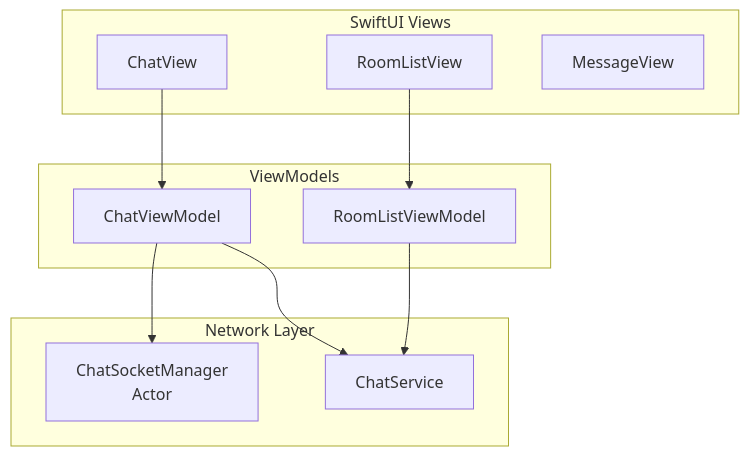
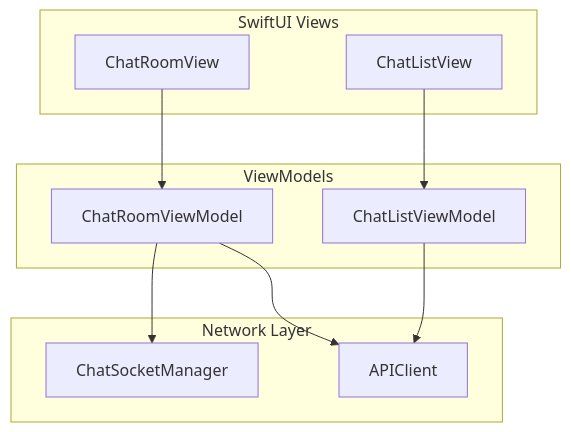
One commit to uniyous/parkgolf-platform changed diagram 23 of 28 in docs/CHAT_WORKFLOW.md. Above: the diagram before and after it, drawn with Mermaid. The commit also changed other lines of this file, not shown here.

Commit message:
docs(chat): CHAT_WORKFLOW.md 멀티 레플리카 아키텍처 반영 최신화

````diff
--- a/docs/CHAT_WORKFLOW.md
+++ b/docs/CHAT_WORKFLOW.md
@@ -671,23 +819,22 @@
 ```mermaid
 flowchart TB
     subgraph Views["SwiftUI Views"]
-        CV[ChatView]
-        RLV[RoomListView]
-        MV[MessageView]
+        CV[ChatRoomView]
+        RLV[ChatListView]
     end
 
     subgraph ViewModels["ViewModels"]
-        CVM[ChatViewModel]
-        RVM[RoomListViewModel]
+        CVM[ChatRoomViewModel]
+        RVM[ChatListViewModel]
     end
 
     subgraph Network["Network Layer"]
-        SM[ChatSocketManager<br/>Actor]
-        API[ChatService]
+        SM[ChatSocketManager]
+        API[APIClient]
     end
 
     CV --> CVM
     RLV --> RVM
     CVM --> SM & API
     RVM --> API
 ```
````
